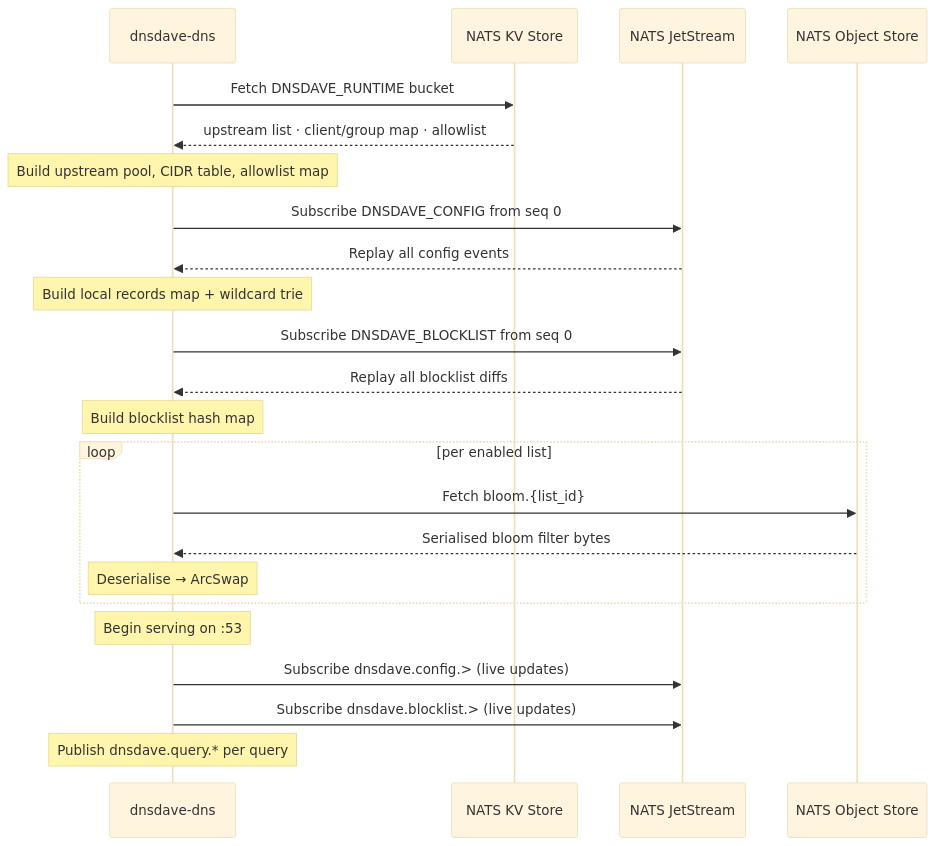
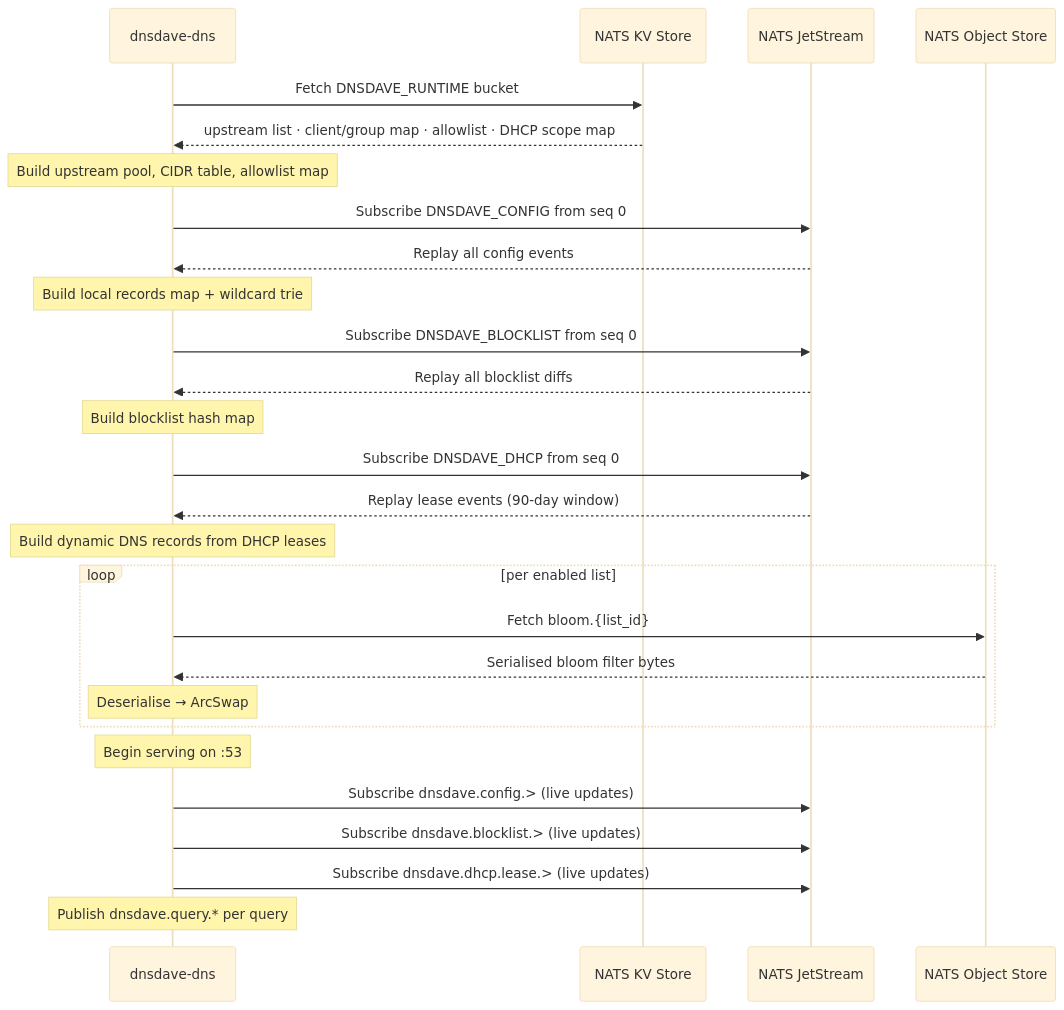
One commit to my0373/dnsdave changed the second of 5 diagrams in DESIGN.md. Above: the diagram before and after it, drawn with Mermaid (base theme). The commit also changed other lines of this file, not shown here.

````diff
--- a/DESIGN.md
+++ b/DESIGN.md
@@ -201,30 +205,35 @@
 ```mermaid
 sequenceDiagram
     participant DNS as dnsdave-dns
     participant KV as NATS KV Store
     participant JS as NATS JetStream
     participant OBJ as NATS Object Store
 
     DNS->>KV: Fetch DNSDAVE_RUNTIME bucket
-    KV-->>DNS: upstream list · client/group map · allowlist
+    KV-->>DNS: upstream list · client/group map · allowlist · DHCP scope map
     Note over DNS: Build upstream pool, CIDR table, allowlist map
 
     DNS->>JS: Subscribe DNSDAVE_CONFIG from seq 0
     JS-->>DNS: Replay all config events
     Note over DNS: Build local records map + wildcard trie
 
     DNS->>JS: Subscribe DNSDAVE_BLOCKLIST from seq 0
     JS-->>DNS: Replay all blocklist diffs
     Note over DNS: Build blocklist hash map
 
+    DNS->>JS: Subscribe DNSDAVE_DHCP from seq 0
+    JS-->>DNS: Replay lease events (90-day window)
+    Note over DNS: Build dynamic DNS records from DHCP leases
+
     loop per enabled list
         DNS->>OBJ: Fetch bloom.{list_id}
         OBJ-->>DNS: Serialised bloom filter bytes
         Note over DNS: Deserialise → ArcSwap
     end
 
     Note over DNS: Begin serving on :53
     DNS->>JS: Subscribe dnsdave.config.> (live updates)
     DNS->>JS: Subscribe dnsdave.blocklist.> (live updates)
+    DNS->>JS: Subscribe dnsdave.dhcp.lease.> (live updates)
     Note over DNS: Publish dnsdave.query.* per query
 ```
````
